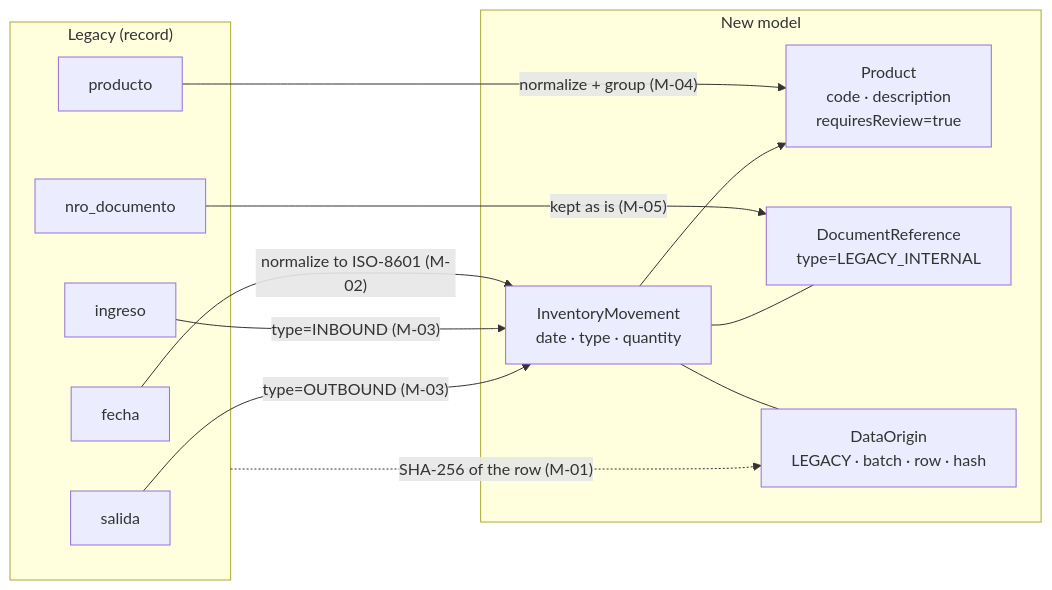
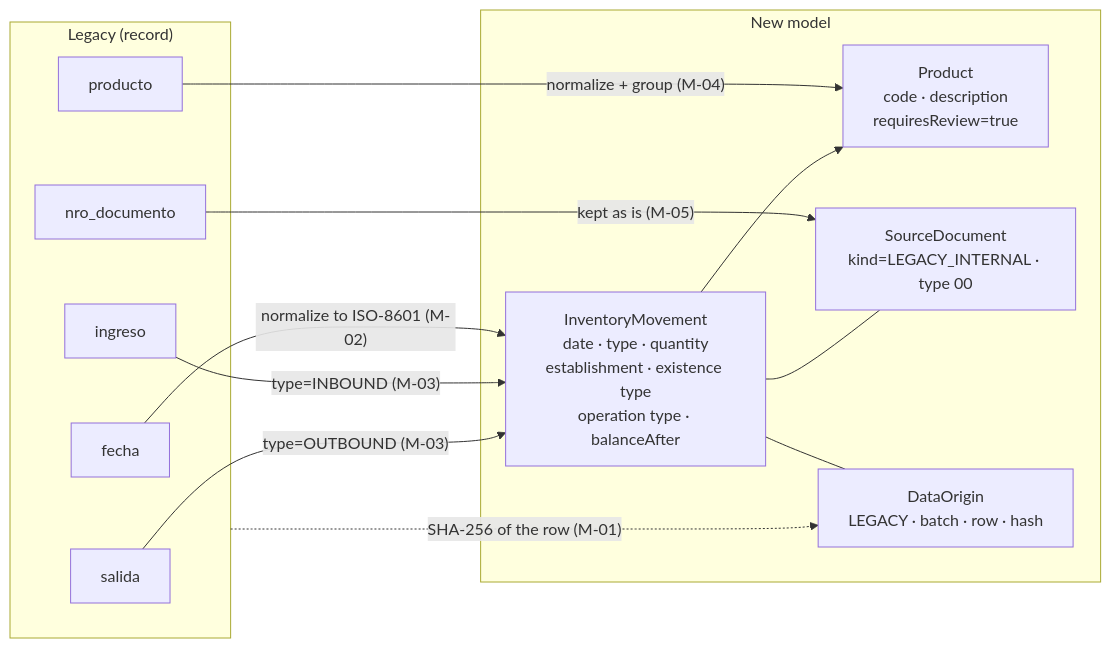
Before and after one commit to crissdav/medio-curso-davila: the first of 2 diagrams in docs/06-legacy-migration.md, drawn with Mermaid. The commit also changed other lines of this file and 48 other files, not shown here.

````diff
--- a/docs/06-legacy-migration.md
+++ b/docs/06-legacy-migration.md
@@ -15,25 +15,25 @@
 ```mermaid
 flowchart LR
     subgraph L["Legacy (record)"]
         f[fecha]
         i[ingreso]
         s[salida]
         p[producto]
         n[nro_documento]
     end
     subgraph N["New model"]
-        MI["InventoryMovement<br/>date · type · quantity"]
+        MI["InventoryMovement<br/>date · type · quantity<br/>establishment · existence type<br/>operation type · balanceAfter"]
         PR["Product<br/>code · description<br/>requiresReview=true"]
-        DR["DocumentReference<br/>type=LEGACY_INTERNAL"]
+        DR["SourceDocument<br/>kind=LEGACY_INTERNAL · type 00"]
         OR["DataOrigin<br/>LEGACY · batch · row · hash"]
     end
     f -->|"normalize to ISO-8601 (M-02)"| MI
     i -->|"type=INBOUND (M-03)"| MI
     s -->|"type=OUTBOUND (M-03)"| MI
     p -->|"normalize + group (M-04)"| PR
     n -->|"kept as is (M-05)"| DR
     L -.->|"SHA-256 of the row (M-01)"| OR
     MI --- OR
     MI --- DR
     MI --> PR
 ```
````
